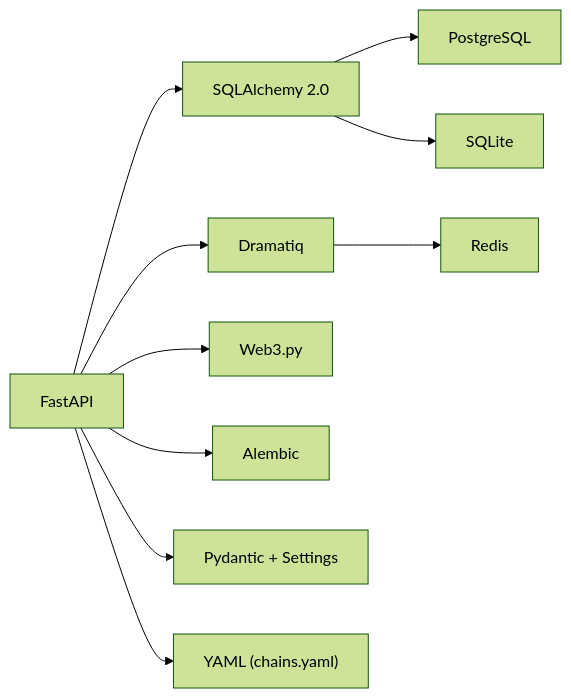
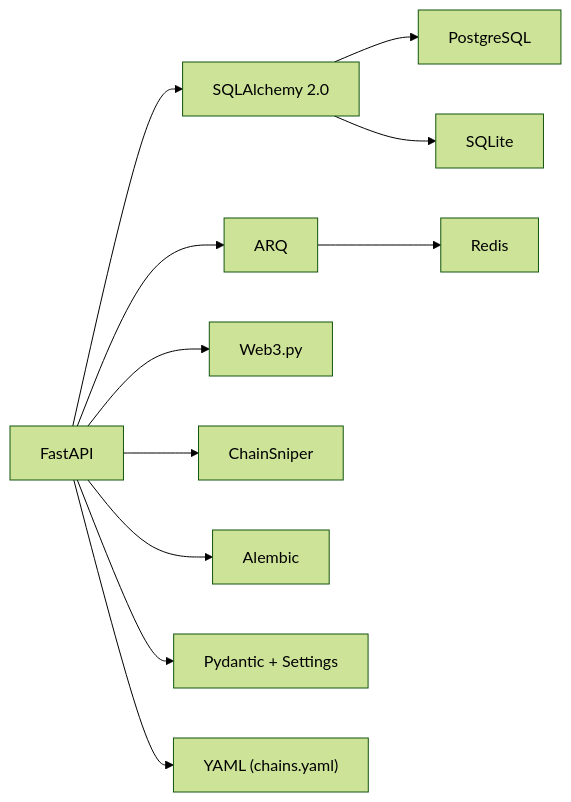
The tenth of 10 diagrams in docs/project-overview/project-overview.md (rakibhossain72/ctrip-docs), drawn with Mermaid (forest theme) before and after one commit. The commit also changed other lines of this file and 25 other files, not shown here.

First line of the commit message:
docs: Update documentation to reflect ARQ task migration from Dramatiq

````diff
--- a/docs/project-overview/project-overview.md
+++ b/docs/project-overview/project-overview.md
@@ -427,12 +432,13 @@
 ```mermaid
 graph LR
 FastAPI["FastAPI"] --> SQLAlchemy["SQLAlchemy 2.0"]
-FastAPI --> Dramatiq["Dramatiq"]
-Dramatiq --> Redis["Redis"]
+FastAPI --> ARQ["ARQ"]
+ARQ --> Redis["Redis"]
 SQLAlchemy --> Postgres["PostgreSQL"]
 SQLAlchemy --> SQLite["SQLite"]
 FastAPI --> Web3["Web3.py"]
+FastAPI --> ChainSniper["ChainSniper"]
 FastAPI --> Alembic["Alembic"]
 FastAPI --> Pydantic["Pydantic + Settings"]
 FastAPI --> YAML["YAML (chains.yaml)"]
 ```
````
